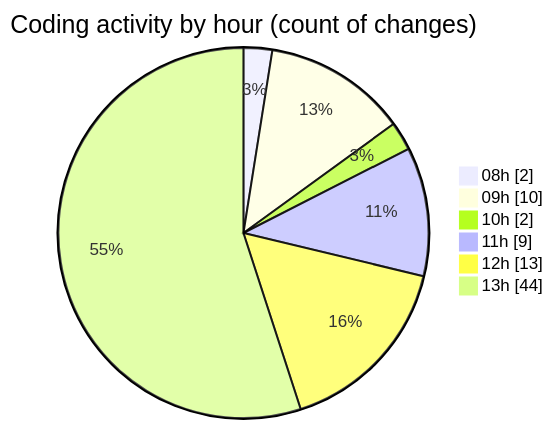
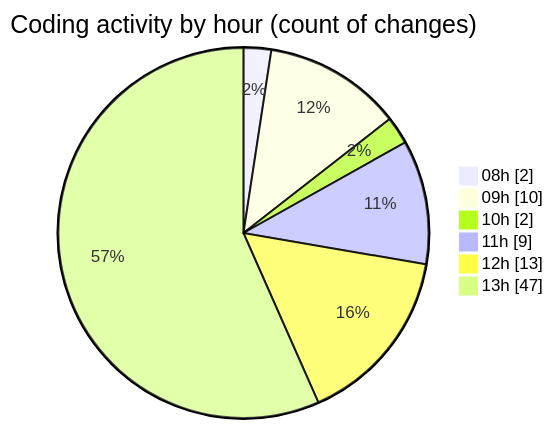
Before and after one commit to momahboobian/code-tracking: the second of 2 diagrams in 2025-05-30/cda/README.md, drawn with Mermaid. The commit also changed other lines of this file and 1 other file, not shown here.

````diff
--- a/2025-05-30/cda/README.md
+++ b/2025-05-30/cda/README.md
@@ -39,10 +39,10 @@
 ```mermaid
 pie showData
 title Coding activity by hour (count of changes)
 "08h" : 2
 "09h" : 10
 "10h" : 2
 "11h" : 9
 "12h" : 13
-"13h" : 44
+"13h" : 47
 ```
````
